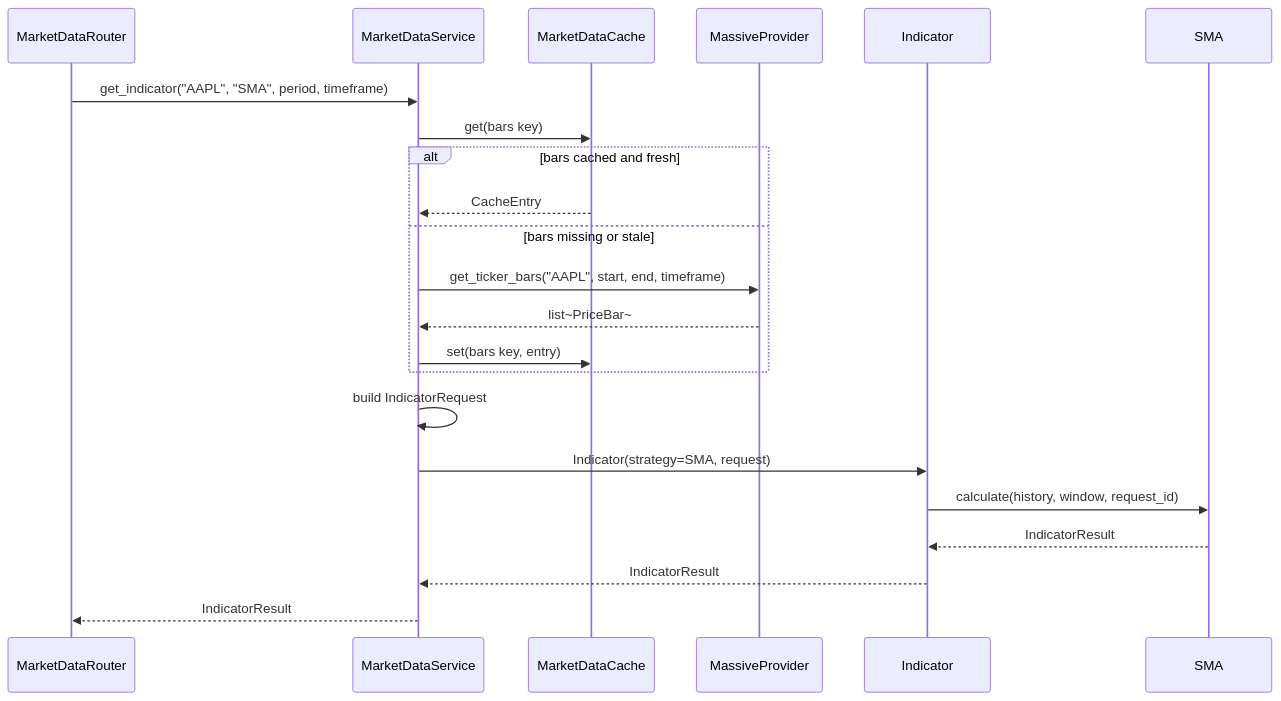
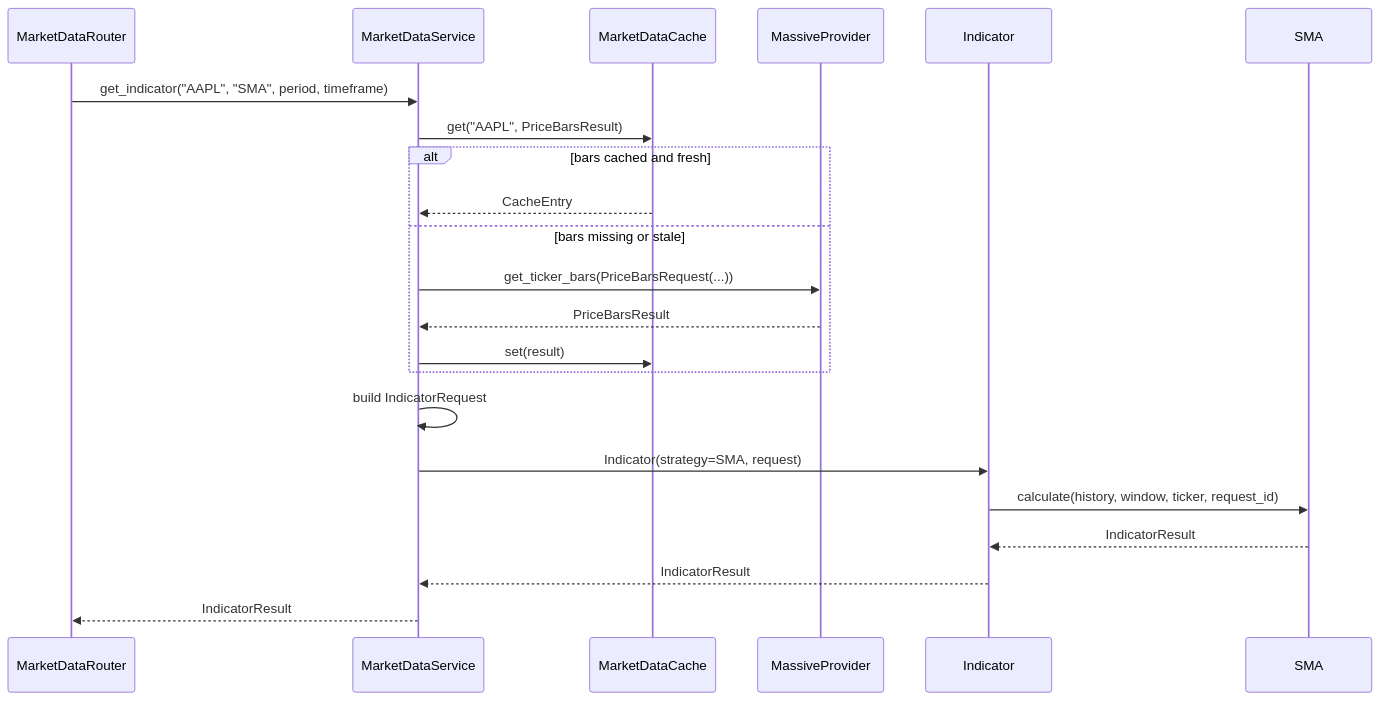
The third of 3 diagrams in docs/design/MARKET_DATA_DESIGN.md (DylanLiesenfelt/StonksAPI), drawn with Mermaid before and after one commit. The commit also changed other lines of this file and 27 other files, not shown here.

````diff
--- a/docs/design/MARKET_DATA_DESIGN.md
+++ b/docs/design/MARKET_DATA_DESIGN.md
@@ -228,25 +275,25 @@
 ```mermaid
 sequenceDiagram
     participant R as MarketDataRouter
     participant Svc as MarketDataService
     participant Cache as MarketDataCache
     participant P as MassiveProvider
     participant Ind as Indicator
     participant Strat as SMA
 
     R->>Svc: get_indicator("AAPL", "SMA", period, timeframe)
-    Svc->>Cache: get(bars key)
+    Svc->>Cache: get("AAPL", PriceBarsResult)
     alt bars cached and fresh
         Cache-->>Svc: CacheEntry
     else bars missing or stale
-        Svc->>P: get_ticker_bars("AAPL", start, end, timeframe)
-        P-->>Svc: list~PriceBar~
-        Svc->>Cache: set(bars key, entry)
+        Svc->>P: get_ticker_bars(PriceBarsRequest(...))
+        P-->>Svc: PriceBarsResult
+        Svc->>Cache: set(result)
     end
     Svc->>Svc: build IndicatorRequest
     Svc->>Ind: Indicator(strategy=SMA, request)
-    Ind->>Strat: calculate(history, window, request_id)
+    Ind->>Strat: calculate(history, window, ticker, request_id)
     Strat-->>Ind: IndicatorResult
     Ind-->>Svc: IndicatorResult
     Svc-->>R: IndicatorResult
 ```
````
